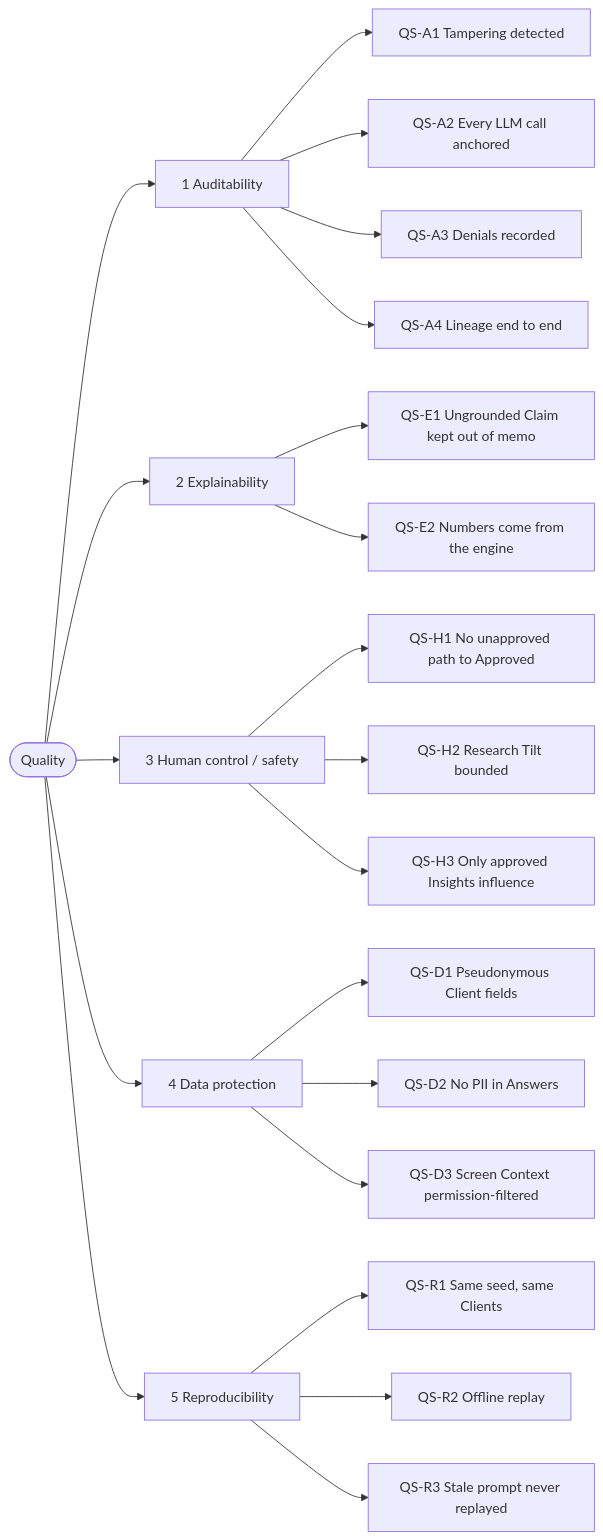
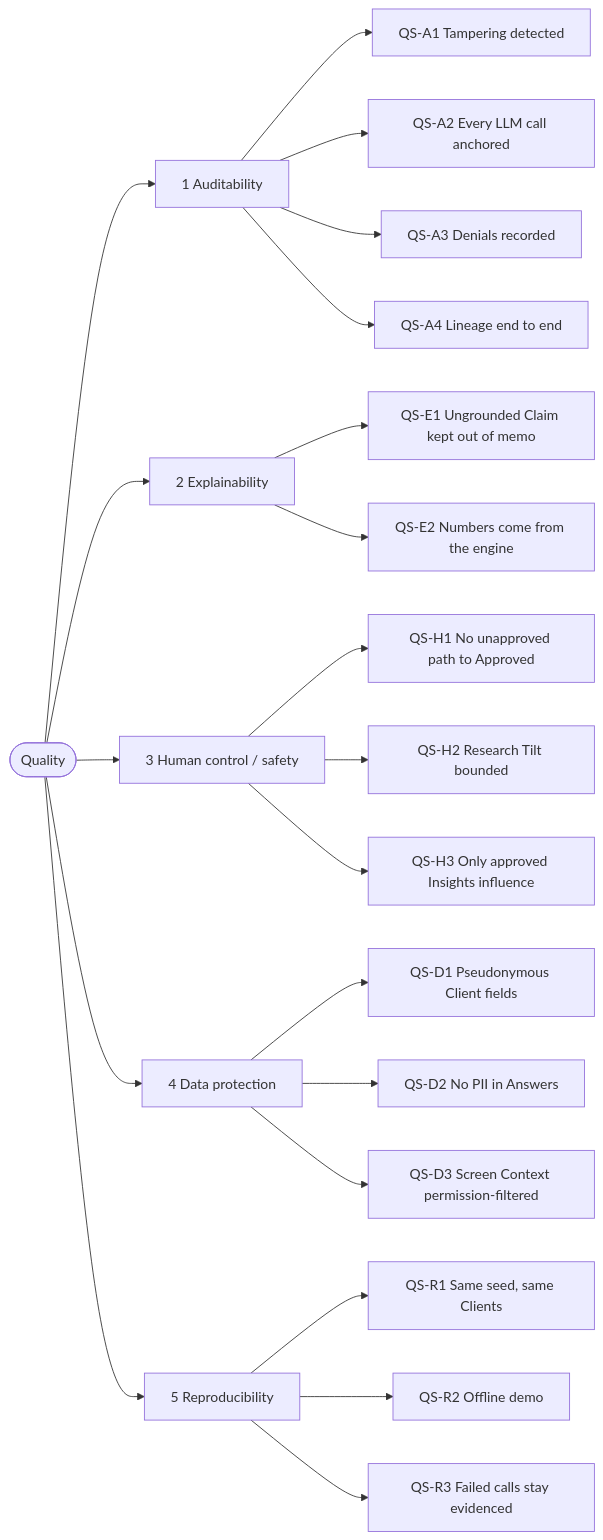
The third of 3 diagrams in docs/architecture/appendices.md (anir-kent/alpha-portfolio-ai), drawn with Mermaid before and after one commit. The commit also changed other lines of this file and 189 other files, not shown here.

````diff
--- a/docs/architecture/appendices.md
+++ b/docs/architecture/appendices.md
@@ -680,24 +678,24 @@
 ```mermaid
 flowchart LR
     Q([Quality])
     Q --> A["1 Auditability"]
     Q --> E["2 Explainability"]
     Q --> H["3 Human control / safety"]
     Q --> D["4 Data protection"]
     Q --> R["5 Reproducibility"]
     A --> A1["QS-A1 Tampering detected"]
     A --> A2["QS-A2 Every LLM call anchored"]
     A --> A3["QS-A3 Denials recorded"]
     A --> A4["QS-A4 Lineage end to end"]
     E --> E1["QS-E1 Ungrounded Claim kept out of memo"]
     E --> E2["QS-E2 Numbers come from the engine"]
     H --> H1["QS-H1 No unapproved path to Approved"]
     H --> H2["QS-H2 Research Tilt bounded"]
     H --> H3["QS-H3 Only approved Insights influence"]
     D --> D1["QS-D1 Pseudonymous Client fields"]
     D --> D2["QS-D2 No PII in Answers"]
     D --> D3["QS-D3 Screen Context permission-filtered"]
     R --> R1["QS-R1 Same seed, same Clients"]
-    R --> R2["QS-R2 Offline replay"]
-    R --> R3["QS-R3 Stale prompt never replayed"]
+    R --> R2["QS-R2 Offline demo"]
+    R --> R3["QS-R3 Failed calls stay evidenced"]
 ```
````
